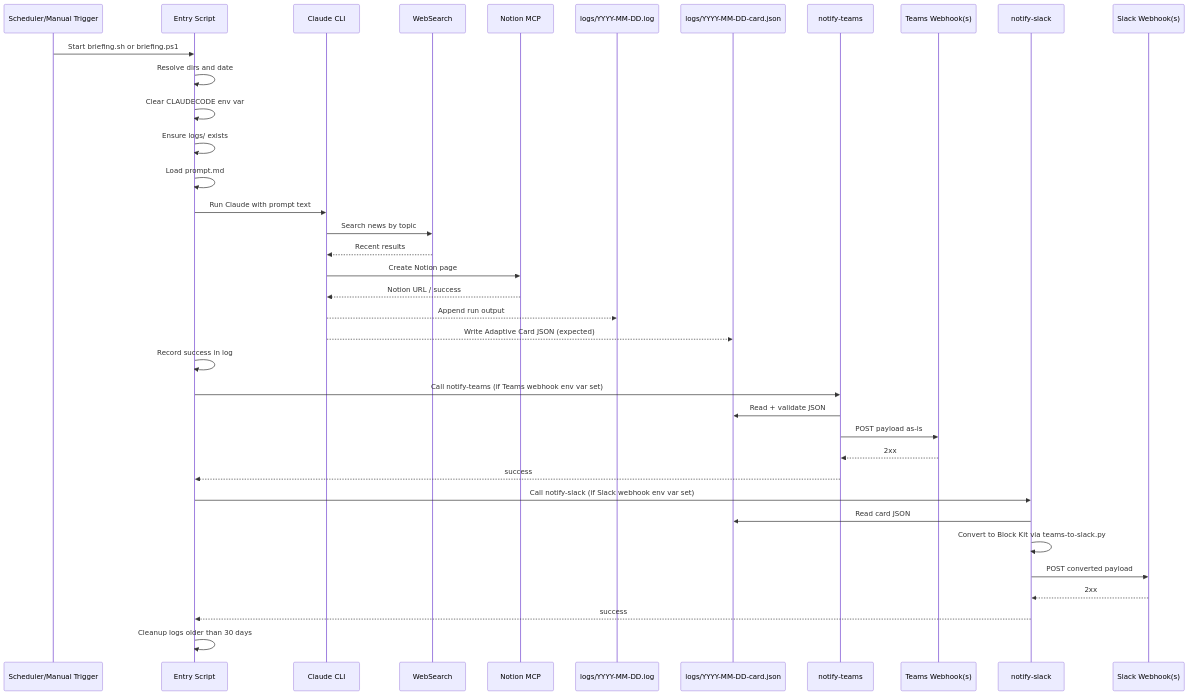
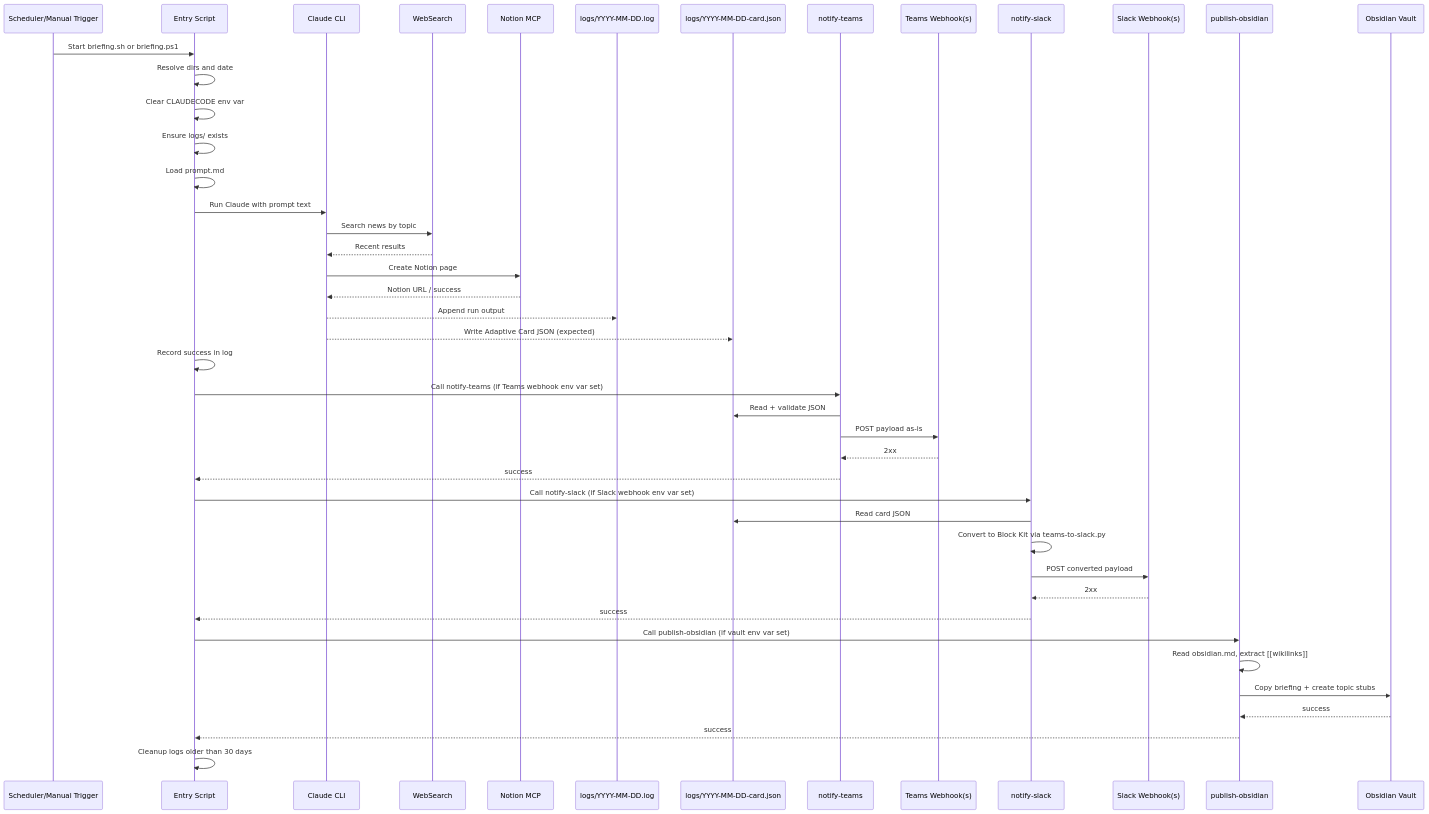
Before and after one commit to hoangsonww/ai-news-briefing: the second of 4 diagrams in E2E_FLOW.md, drawn with Mermaid. The commit also changed other lines of this file and 22 other files, not shown here.

Commit message:
feat: integrate Obsidian publishing for briefings with topic stubs

````diff
--- a/E2E_FLOW.md
+++ b/E2E_FLOW.md
@@ -76,45 +88,53 @@
 ```mermaid
 sequenceDiagram
     participant S as Scheduler/Manual Trigger
     participant E as Entry Script
     participant C as Claude CLI
     participant W as WebSearch
     participant N as Notion MCP
     participant L as logs/YYYY-MM-DD.log
     participant CF as logs/YYYY-MM-DD-card.json
     participant T as notify-teams
     participant TW as Teams Webhook(s)
     participant S2 as notify-slack
     participant SW as Slack Webhook(s)
+    participant OB as publish-obsidian
+    participant OV as Obsidian Vault
 
     S->>E: Start briefing.sh or briefing.ps1
     E->>E: Resolve dirs and date
     E->>E: Clear CLAUDECODE env var
     E->>E: Ensure logs/ exists
     E->>E: Load prompt.md
 
     E->>C: Run Claude with prompt text
     C->>W: Search news by topic
     W-->>C: Recent results
     C->>N: Create Notion page
     N-->>C: Notion URL / success
 
     C-->>L: Append run output
     C-->>CF: Write Adaptive Card JSON (expected)
     E->>E: Record success in log
 
     E->>T: Call notify-teams (if Teams webhook env var set)
     T->>CF: Read + validate JSON
     T->>TW: POST payload as-is
     TW-->>T: 2xx
     T-->>E: success
 
     E->>S2: Call notify-slack (if Slack webhook env var set)
     S2->>CF: Read card JSON
     S2->>S2: Convert to Block Kit via teams-to-slack.py
     S2->>SW: POST converted payload
     SW-->>S2: 2xx
     S2-->>E: success
 
+    E->>OB: Call publish-obsidian (if vault env var set)
+    OB->>OB: Read obsidian.md, extract [[wikilinks]]
+    OB->>OV: Copy briefing + create topic stubs
+    OV-->>OB: success
+    OB-->>E: success
+
     E->>E: Cleanup logs older than 30 days
 ```
````
